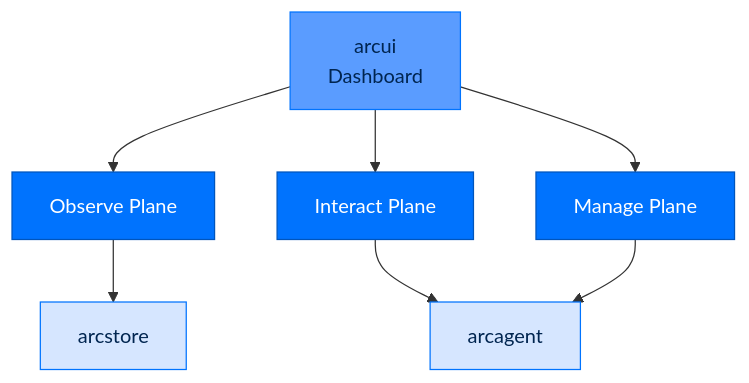
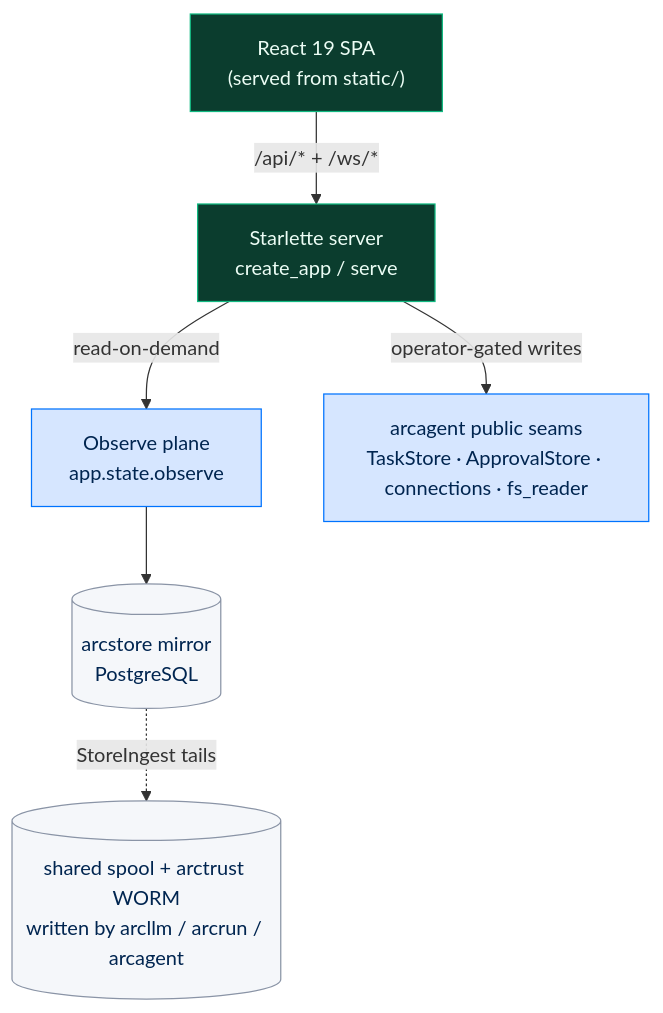
The first of 2 diagrams in docs/building/packages/arcui.md (joshuamschultz/Arc), drawn with Mermaid before and after one commit. The commit also changed other lines of this file and 13 other files, not shown here.

````diff
--- a/docs/building/packages/arcui.md
+++ b/docs/building/packages/arcui.md
@@ -16,14 +35,15 @@
 ```mermaid
 flowchart TB
-    classDef ui fill:#5A9CFF,stroke:#0073FE,color:#002550
-    classDef plane fill:#0073FE,stroke:#0055BC,color:#FFFFFF
-    classDef data fill:#D6E6FF,stroke:#0073FE,color:#002550
+    classDef ui fill:#0B3D2E,stroke:#10B981,color:#ECFDF5
+    classDef seam fill:#D6E6FF,stroke:#0073FE,color:#002550
+    classDef data fill:#F5F7FA,stroke:#8A94A6,color:#002550
 
-    arcui[arcui<br/>Dashboard]:::ui --> Observe[Observe Plane]:::plane
-    arcui --> Interact[Interact Plane]:::plane
-    arcui --> Manage[Manage Plane]:::plane
-    
-    Observe --> arcstore[arcstore]:::data
-    Interact --> arcagent[arcagent]:::data
-    Manage --> arcagent
+    Browser["React 19 SPA<br/>(served from static/)"]:::ui
+    Server["Starlette server<br/>create_app / serve"]:::ui
+
+    Browser -->|"/api/* + /ws/*"| Server
+    Server -->|"read-on-demand"| Observe["Observe plane<br/>app.state.observe"]:::seam
+    Server -->|"operator-gated writes"| Seams["arcagent public seams<br/>TaskStore · ApprovalStore · connections · fs_reader"]:::seam
+    Observe --> Store[("arcstore mirror<br/>PostgreSQL")]:::data
+    Store -.->|"StoreIngest tails"| Durable[("shared spool + arctrust WORM<br/>written by arcllm / arcrun / arcagent")]:::data
 ```
````
